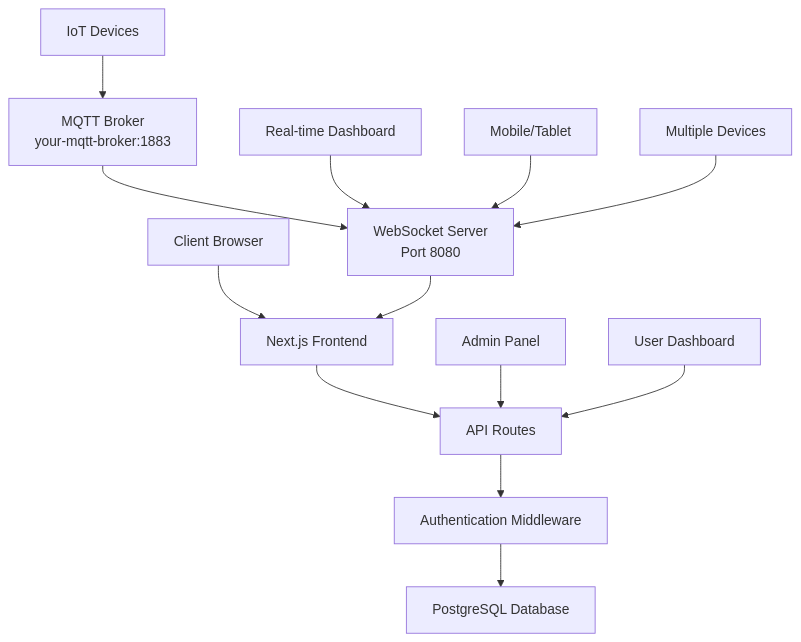
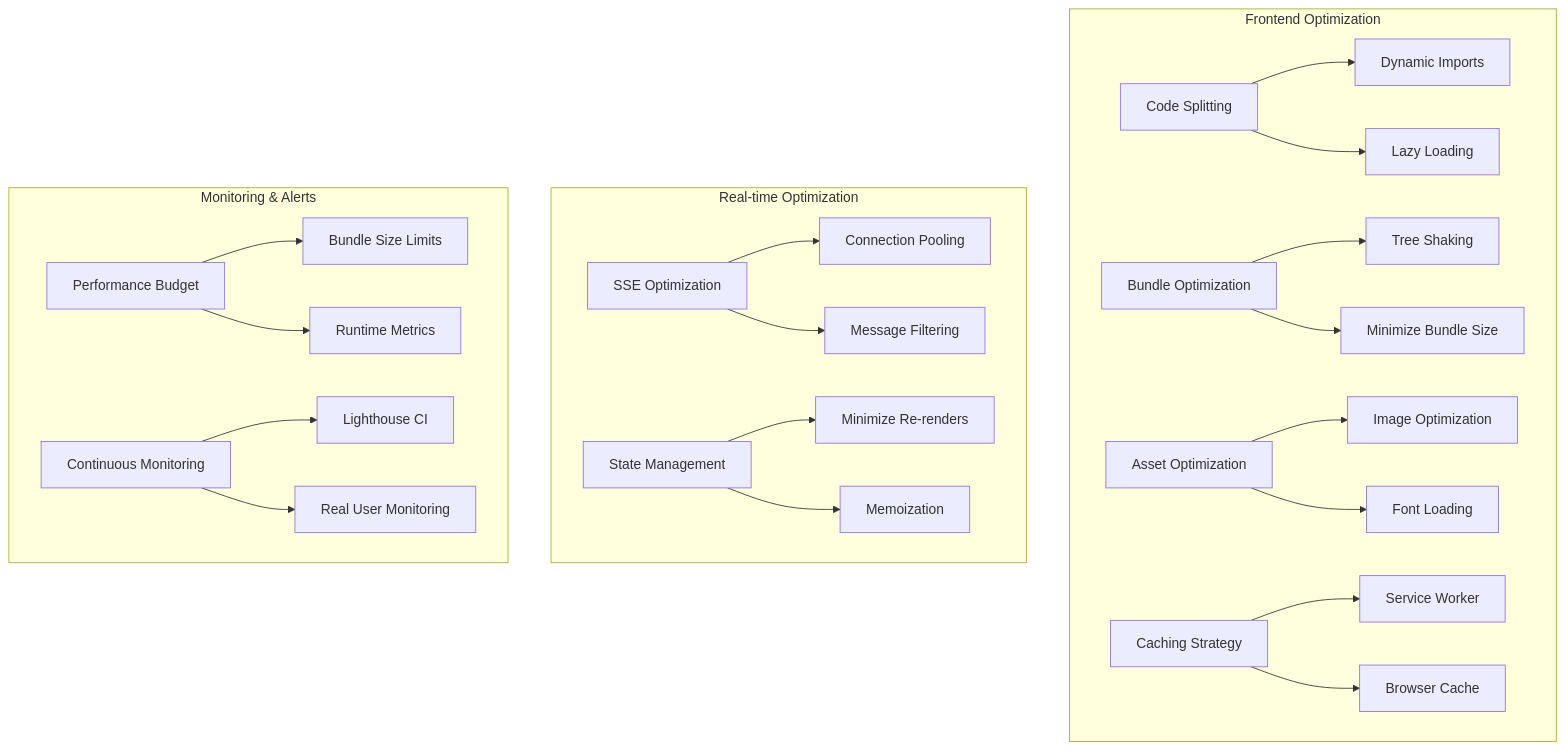
The sixth of 7 diagrams in README.md (JackPoramet/Next.JS), drawn with Mermaid before and after one commit. The commit also changed other lines of this file and 28 other files, not shown here.

First line of the commit message:
feat: Implement IoT devices table creation script and SSE services

````diff
--- a/README.md
+++ b/README.md
@@ -168,18 +1039,32 @@
 ```mermaid
-graph TB
-    A[Client Browser] --> B[Next.js Frontend]
-    B --> C[API Routes]
-    C --> D[Authentication Middleware]
-    D --> E[PostgreSQL Database]
+graph TD
+    subgraph "Frontend Optimization"
+        A[Code Splitting] --> A1[Dynamic Imports]
+        A --> A2[Lazy Loading]
+        
+        B[Bundle Optimization] --> B1[Tree Shaking]
+        B --> B2[Minimize Bundle Size]
+        
+        C[Asset Optimization] --> C1[Image Optimization]
+        C --> C2[Font Loading]
+        
+        D[Caching Strategy] --> D1[Service Worker]
+        D --> D2[Browser Cache]
+    end
     
-    F[IoT Devices] --> G[MQTT Broker<br/>your-mqtt-broker:1883]
-    G --> H[WebSocket Server<br/>Port 8080]
-    H --> B
+    subgraph "Real-time Optimization"
+        E[SSE Optimization] --> E1[Connection Pooling]
+        E --> E2[Message Filtering]
+        
+        F[State Management] --> F1[Minimize Re-renders]
+        F --> F2[Memoization]
+    end
     
-    I[Admin Panel] --> C
-    J[User Dashboard] --> C
-    K[Real-time Dashboard] --> H
-    
-    L[Mobile/Tablet] --> H
-    M[Multiple Devices] --> H
+    subgraph "Monitoring & Alerts"
+        G[Performance Budget] --> G1[Bundle Size Limits]
+        G --> G2[Runtime Metrics]
+        
+        H[Continuous Monitoring] --> H1[Lighthouse CI]
+        H --> H2[Real User Monitoring]
+    end
 ```
````
